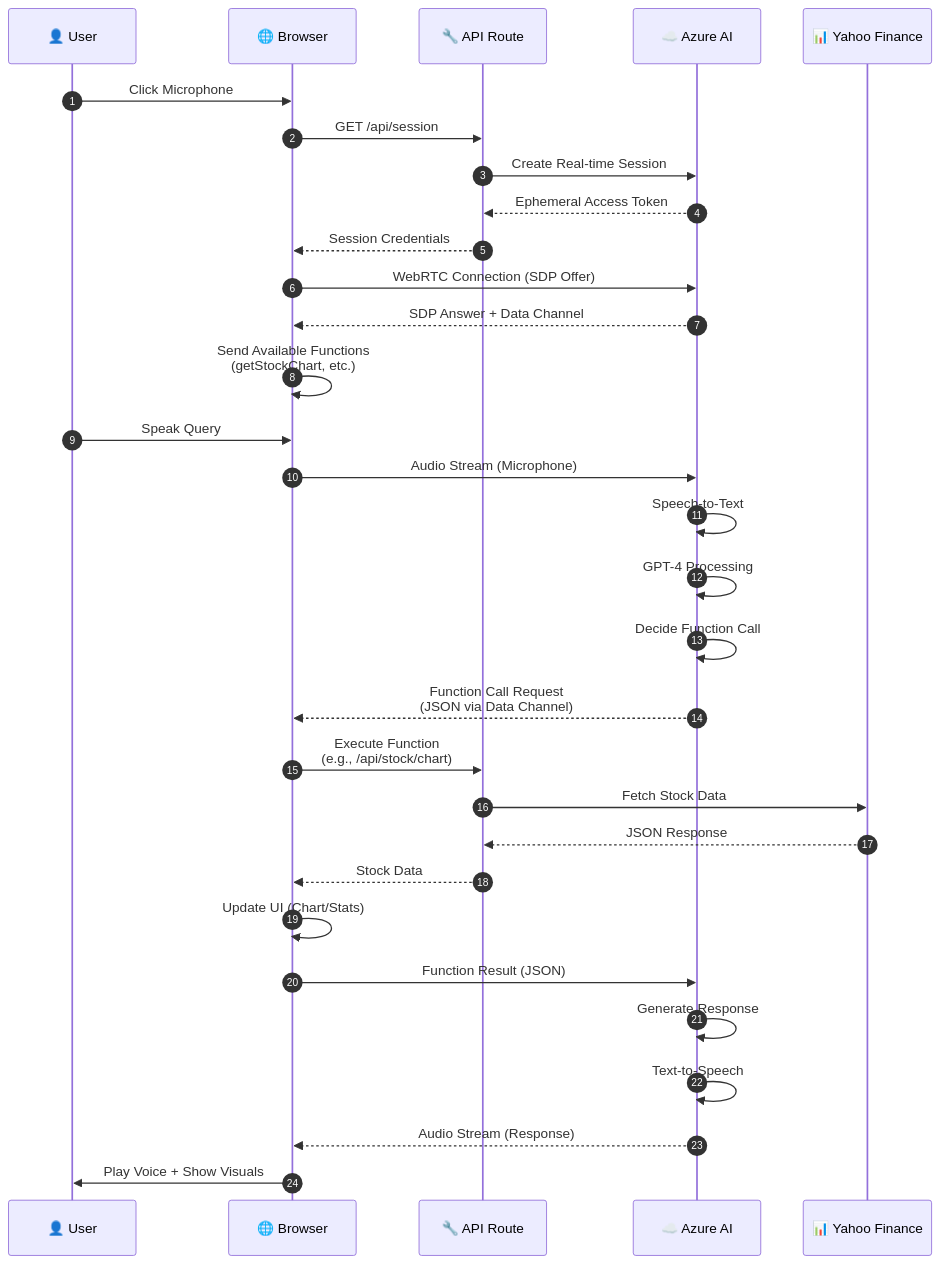
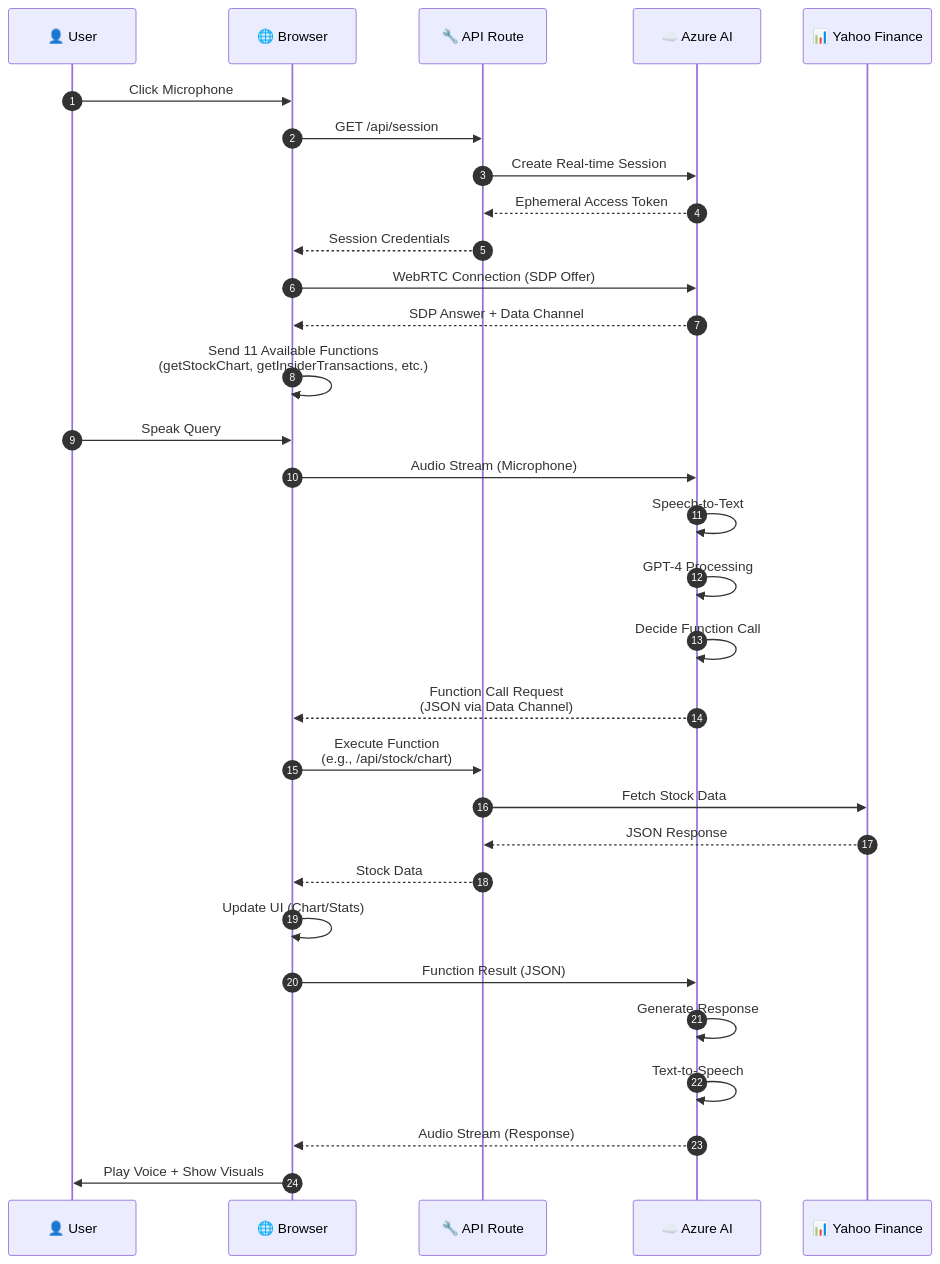
One commit to KabeerThockchom/portfolio-ai-nxt changed the second of 4 diagrams in README.md. Above: the diagram before and after it, drawn with Mermaid. The commit also changed other lines of this file and 1 other file, not shown here.

````diff
--- a/README.md
+++ b/README.md
@@ -156,42 +205,42 @@
 ```mermaid
 sequenceDiagram
     autonumber
     participant 👤 User
     participant 🌐 Browser
     participant 🔧 API Route
     participant ☁️ Azure AI
 
     👤 User->>🌐 Browser: Click Microphone
     🌐 Browser->>🔧 API Route: GET /api/session
     🔧 API Route->>☁️ Azure AI: Create Real-time Session
     ☁️ Azure AI-->>🔧 API Route: Ephemeral Access Token
     🔧 API Route-->>🌐 Browser: Session Credentials
 
     🌐 Browser->>☁️ Azure AI: WebRTC Connection (SDP Offer)
     ☁️ Azure AI-->>🌐 Browser: SDP Answer + Data Channel
 
-    🌐 Browser->>🌐 Browser: Send Available Functions<br/>(getStockChart, etc.)
+    🌐 Browser->>🌐 Browser: Send 11 Available Functions<br/>(getStockChart, getInsiderTransactions, etc.)
 
     👤 User->>🌐 Browser: Speak Query
     🌐 Browser->>☁️ Azure AI: Audio Stream (Microphone)
 
     ☁️ Azure AI->>☁️ Azure AI: Speech-to-Text
     ☁️ Azure AI->>☁️ Azure AI: GPT-4 Processing
     ☁️ Azure AI->>☁️ Azure AI: Decide Function Call
 
     ☁️ Azure AI-->>🌐 Browser: Function Call Request<br/>(JSON via Data Channel)
 
     🌐 Browser->>🔧 API Route: Execute Function<br/>(e.g., /api/stock/chart)
     🔧 API Route->>📊 Yahoo Finance: Fetch Stock Data
     📊 Yahoo Finance-->>🔧 API Route: JSON Response
     🔧 API Route-->>🌐 Browser: Stock Data
 
     🌐 Browser->>🌐 Browser: Update UI (Chart/Stats)
     🌐 Browser->>☁️ Azure AI: Function Result (JSON)
 
     ☁️ Azure AI->>☁️ Azure AI: Generate Response
     ☁️ Azure AI->>☁️ Azure AI: Text-to-Speech
     ☁️ Azure AI-->>🌐 Browser: Audio Stream (Response)
 
     🌐 Browser->>👤 User: Play Voice + Show Visuals
 ```
````
